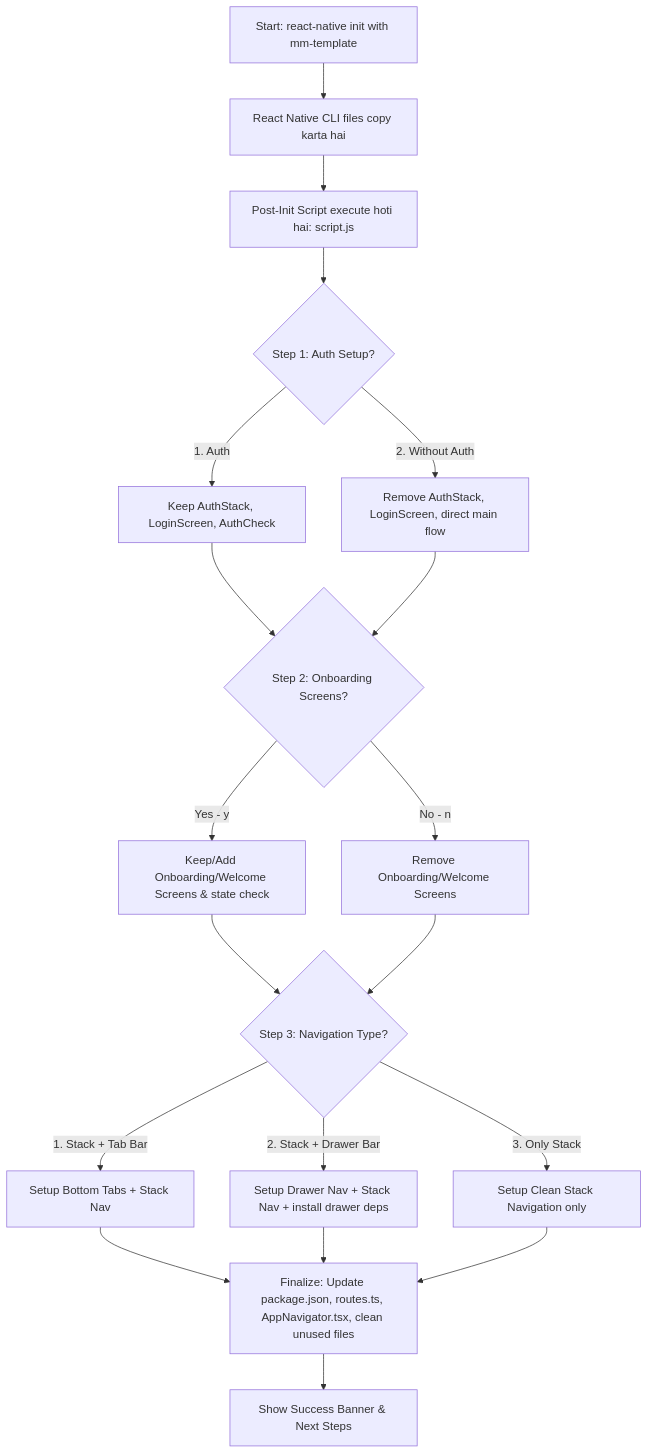
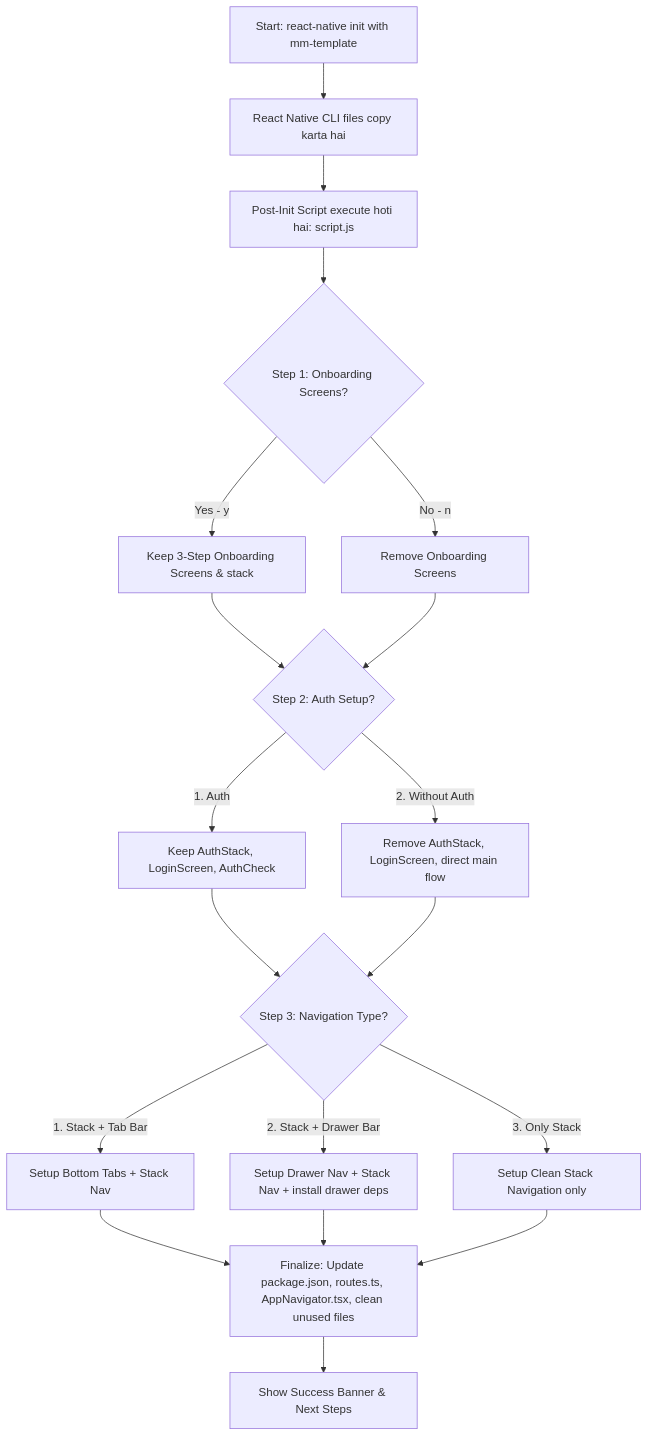
Before and after one commit to modhamanish/mm-template: the diagram in INTERACTIVE_TEMPLATE_GUIDE.md, drawn with Mermaid. The commit also changed other lines of this file and 37 other files, not shown here.

Commit message:
feat: restructure navigation architecture by adding onboarding stack and refactoring route organization

````diff
--- a/INTERACTIVE_TEMPLATE_GUIDE.md
+++ b/INTERACTIVE_TEMPLATE_GUIDE.md
@@ -11,26 +11,26 @@
 ```mermaid
 graph TD
     A[Start: react-native init with mm-template] --> B[React Native CLI files copy karta hai]
     B --> C[Post-Init Script execute hoti hai: script.js]
-    C --> D{Step 1: Auth Setup?}
-    D -->|1. Auth| E1[Keep AuthStack, LoginScreen, AuthCheck]
-    D -->|2. Without Auth| E2[Remove AuthStack, LoginScreen, direct main flow]
+    C --> D{Step 1: Onboarding Screens?}
+    D -->|Yes - y| E1[Keep 3-Step Onboarding Screens & stack]
+    D -->|No - n| E2[Remove Onboarding Screens]
     
-    E1 --> F{Step 2: Onboarding Screens?}
+    E1 --> F{Step 2: Auth Setup?}
     E2 --> F
     
-    F -->|Yes - y| G1[Keep/Add Onboarding/Welcome Screens & state check]
-    F -->|No - n| G2[Remove Onboarding/Welcome Screens]
+    F -->|1. Auth| G1[Keep AuthStack, LoginScreen, AuthCheck]
+    F -->|2. Without Auth| G2[Remove AuthStack, LoginScreen, direct main flow]
     
     G1 --> H{Step 3: Navigation Type?}
     G2 --> H
     
     H -->|1. Stack + Tab Bar| I1[Setup Bottom Tabs + Stack Nav]
     H -->|2. Stack + Drawer Bar| I2[Setup Drawer Nav + Stack Nav + install drawer deps]
     H -->|3. Only Stack| I3[Setup Clean Stack Navigation only]
     
     I1 --> J[Finalize: Update package.json, routes.ts, AppNavigator.tsx, clean unused files]
     I2 --> J
     I3 --> J
     J --> K[Show Success Banner & Next Steps]
 ```
````
